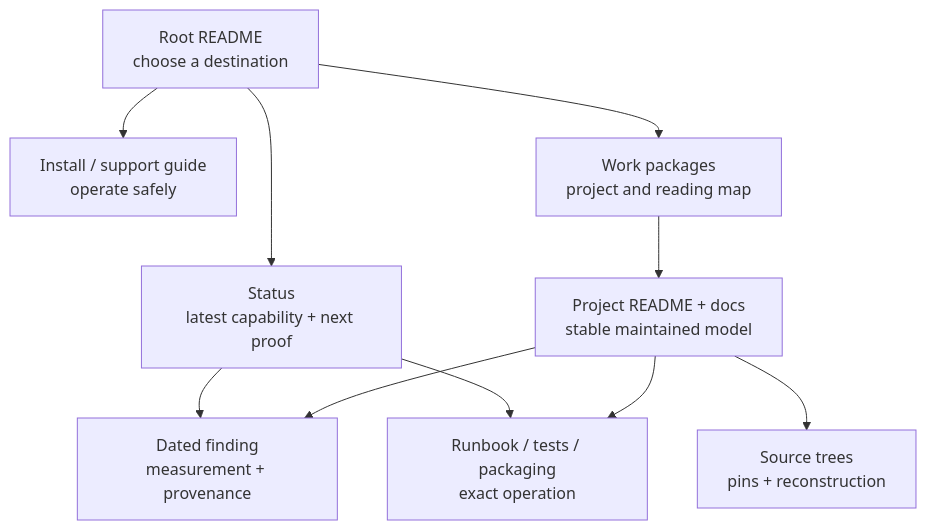
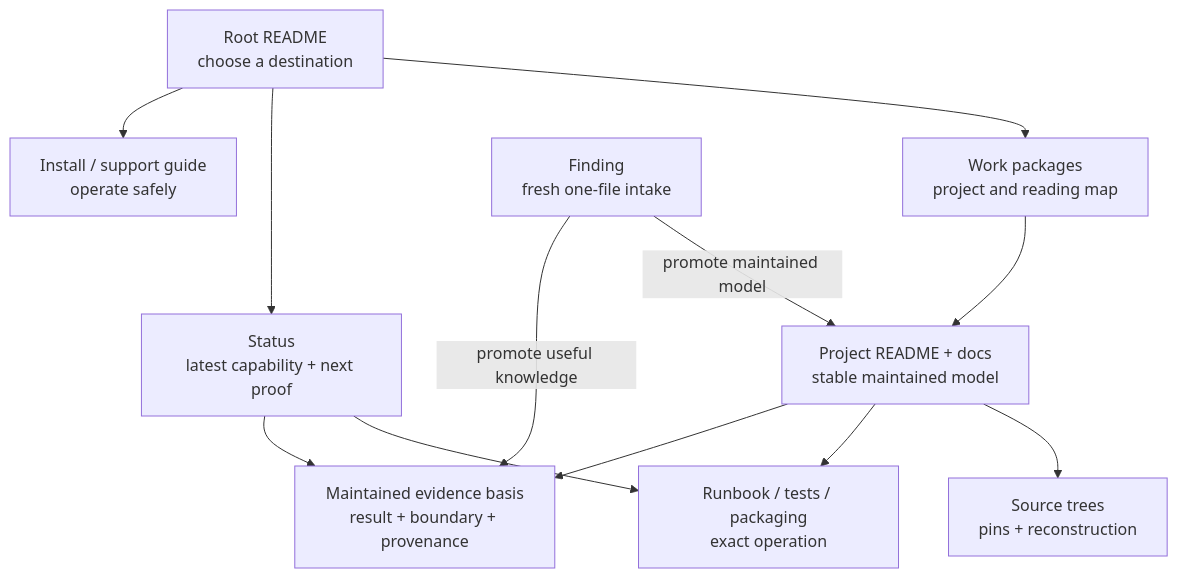
One commit to yisding/rock-5b-ysp changed the diagram in docs/repository-organization-proposal.md. Above: the diagram before and after it, drawn with Mermaid. The commit also changed other lines of this file, not shown here.

````diff
--- a/docs/repository-organization-proposal.md
+++ b/docs/repository-organization-proposal.md
@@ -138,21 +157,24 @@
 ```mermaid
 flowchart TD
   root["Root README\nchoose a destination"]
   operate["Install / support guide\noperate safely"]
   status["Status\nlatest capability + next proof"]
   map["Work packages\nproject and reading map"]
   project["Project README + docs\nstable maintained model"]
-  evidence["Dated finding\nmeasurement + provenance"]
+  inbox["Finding\nfresh one-file intake"]
+  evidence["Maintained evidence basis\nresult + boundary + provenance"]
   runbook["Runbook / tests / packaging\nexact operation"]
   pins["Source trees\npins + reconstruction"]
 
   root --> operate
   root --> status
   root --> map
   map --> project
   status --> evidence
   status --> runbook
+  inbox -->|promote useful knowledge| evidence
+  inbox -->|promote maintained model| project
   project --> evidence
   project --> runbook
   project --> pins
 ```
````
